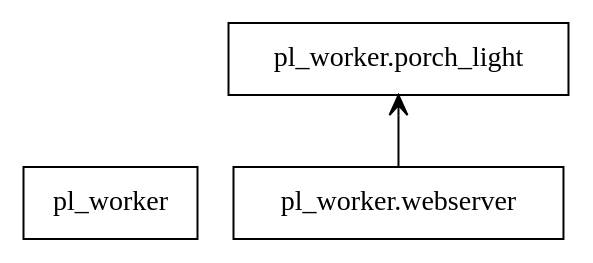
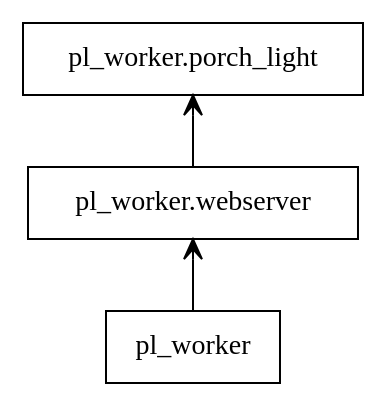
One commit to Jelloeater/porch_light changed the diagram in docs/packages.dot. Above: the diagram before and after it, drawn with Graphviz. The commit also changed 3 other files, not shown here.

```diff
--- a/docs/packages.dot
+++ b/docs/packages.dot
@@ -1,8 +1,9 @@
 digraph "packages" {
 rankdir=BT
 charset="utf-8"
 "pl_worker" [color="black", label=<pl_worker>, shape="box", style="solid"];
 "pl_worker.porch_light" [color="black", label=<pl_worker.porch_light>, shape="box", style="solid"];
 "pl_worker.webserver" [color="black", label=<pl_worker.webserver>, shape="box", style="solid"];
+"pl_worker" -> "pl_worker.webserver" [arrowhead="open", arrowtail="none"];
 "pl_worker.webserver" -> "pl_worker.porch_light" [arrowhead="open", arrowtail="none"];
 }
```
